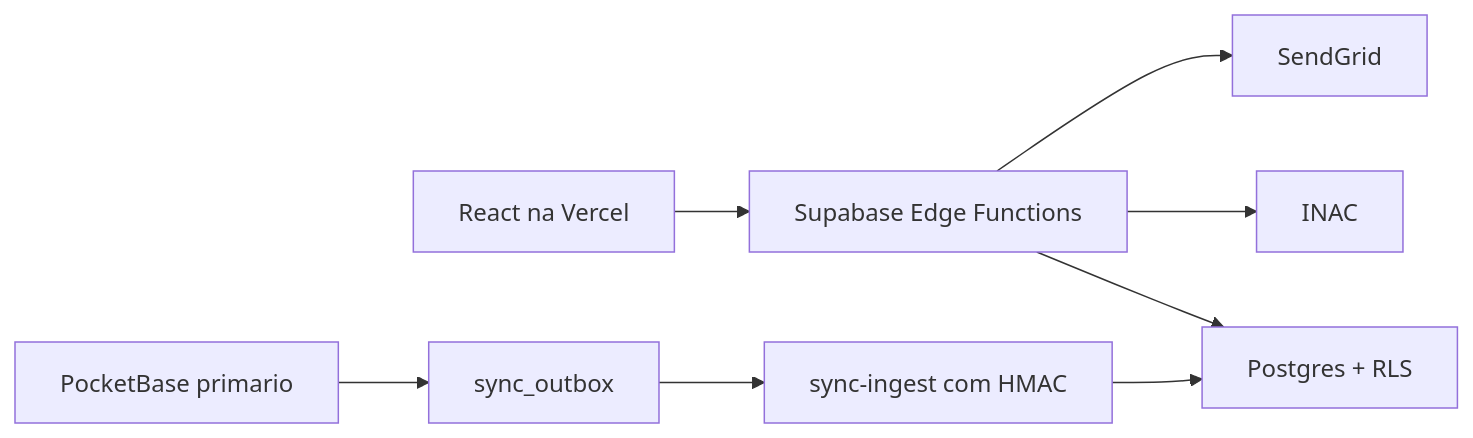
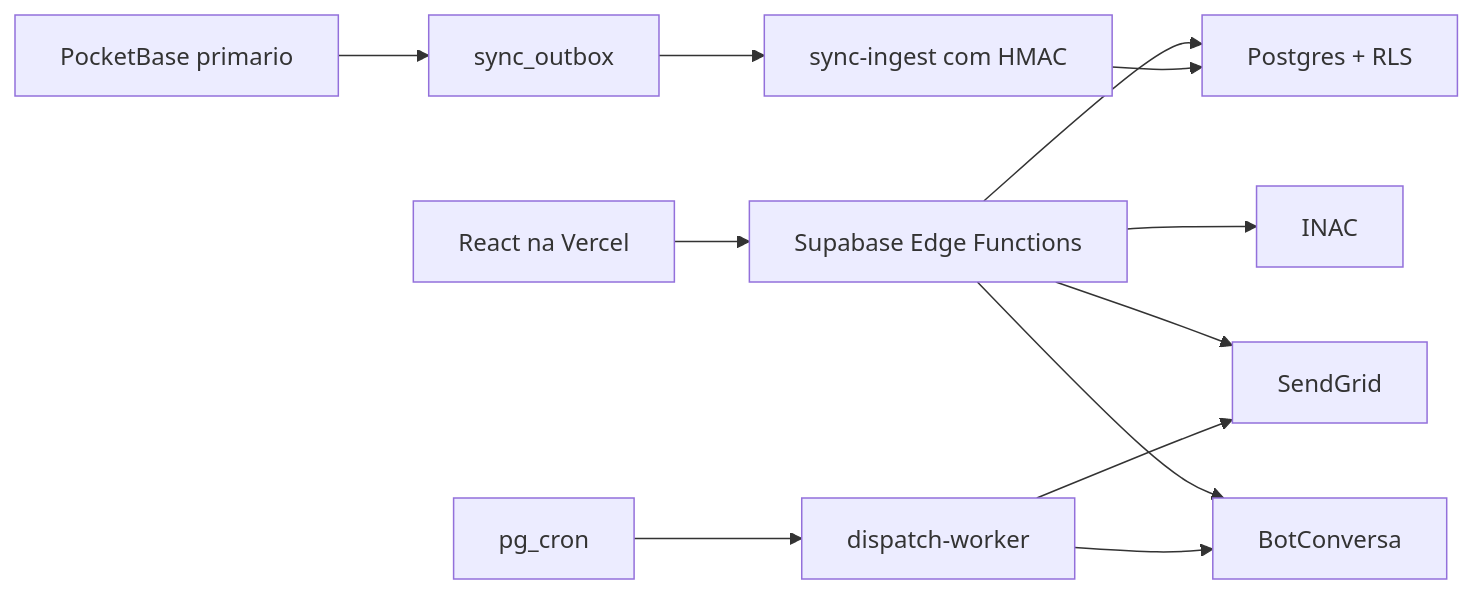
One commit to JBonfim99/adapta-summit-2026-checkin-supabase changed the diagram in README.md. Above: the diagram before and after it, drawn with Mermaid. The commit also changed other lines of this file and 54 other files, not shown here.

````diff
--- a/README.md
+++ b/README.md
@@ -22,10 +23,14 @@
 ```mermaid
 flowchart LR
   Browser["React na Vercel"] --> Functions["Supabase Edge Functions"]
   Functions --> Database["Postgres + RLS"]
   Functions --> Inac["INAC"]
   Functions --> SendGrid["SendGrid"]
+  Functions --> BotConversa["BotConversa"]
+  Cron["pg_cron"] --> Worker["dispatch-worker"]
+  Worker --> SendGrid
+  Worker --> BotConversa
   PocketBase["PocketBase primario"] --> Outbox["sync_outbox"]
   Outbox --> Ingest["sync-ingest com HMAC"]
   Ingest --> Database
 ```
````
